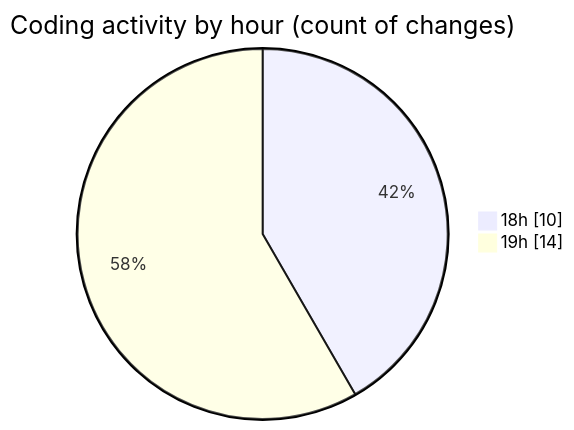
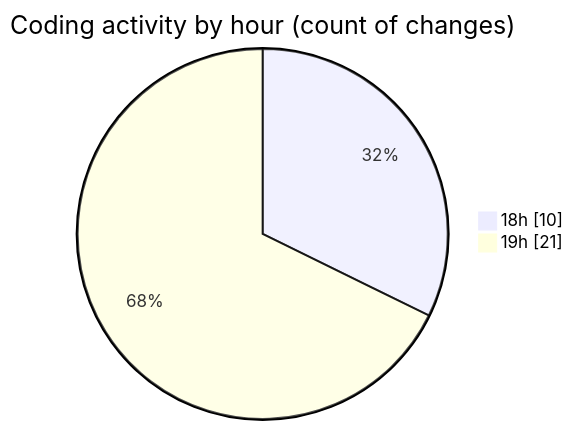
Before and after one commit to Netris89/code-tracking: the second of 2 diagrams in 2025-03-29/back-end/README.md, drawn with Mermaid. The commit also changed other lines of this file and 1 other file, not shown here.

````diff
--- a/2025-03-29/back-end/README.md
+++ b/2025-03-29/back-end/README.md
@@ -28,6 +29,6 @@
 ```mermaid
 pie showData
 title Coding activity by hour (count of changes)
 "18h" : 10
-"19h" : 14
+"19h" : 21
 ```
````
